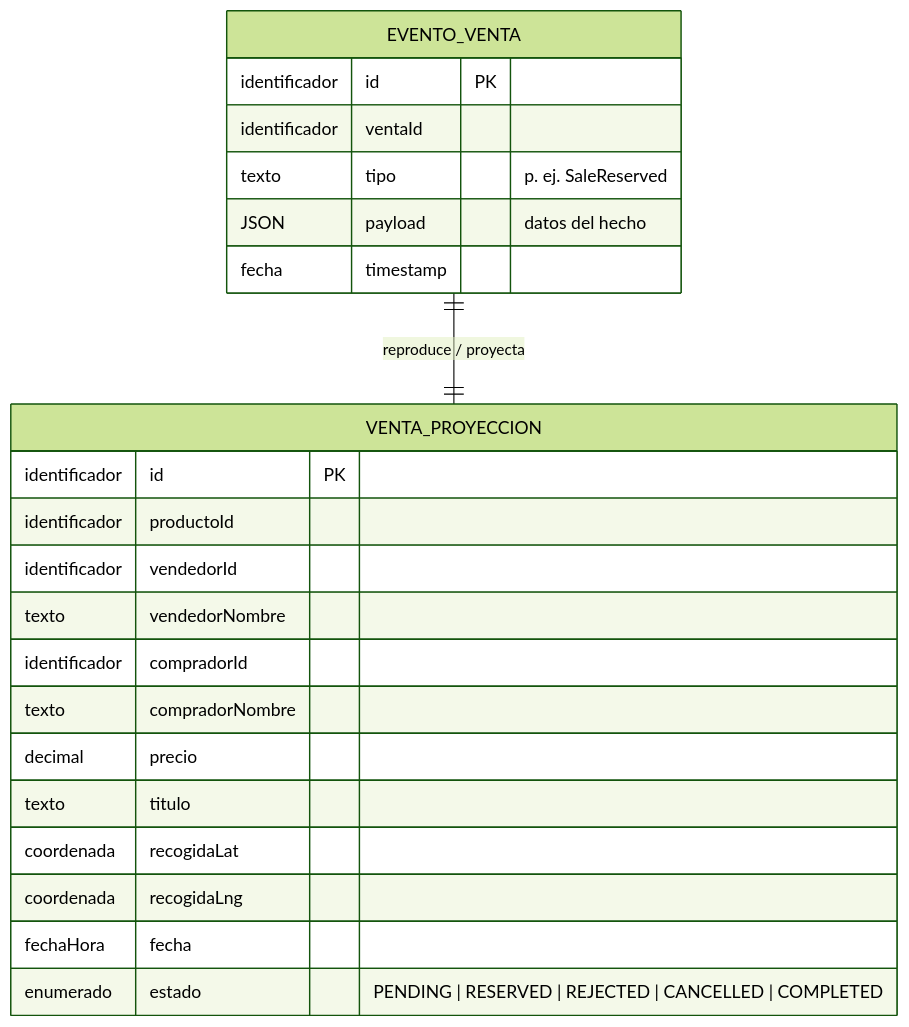
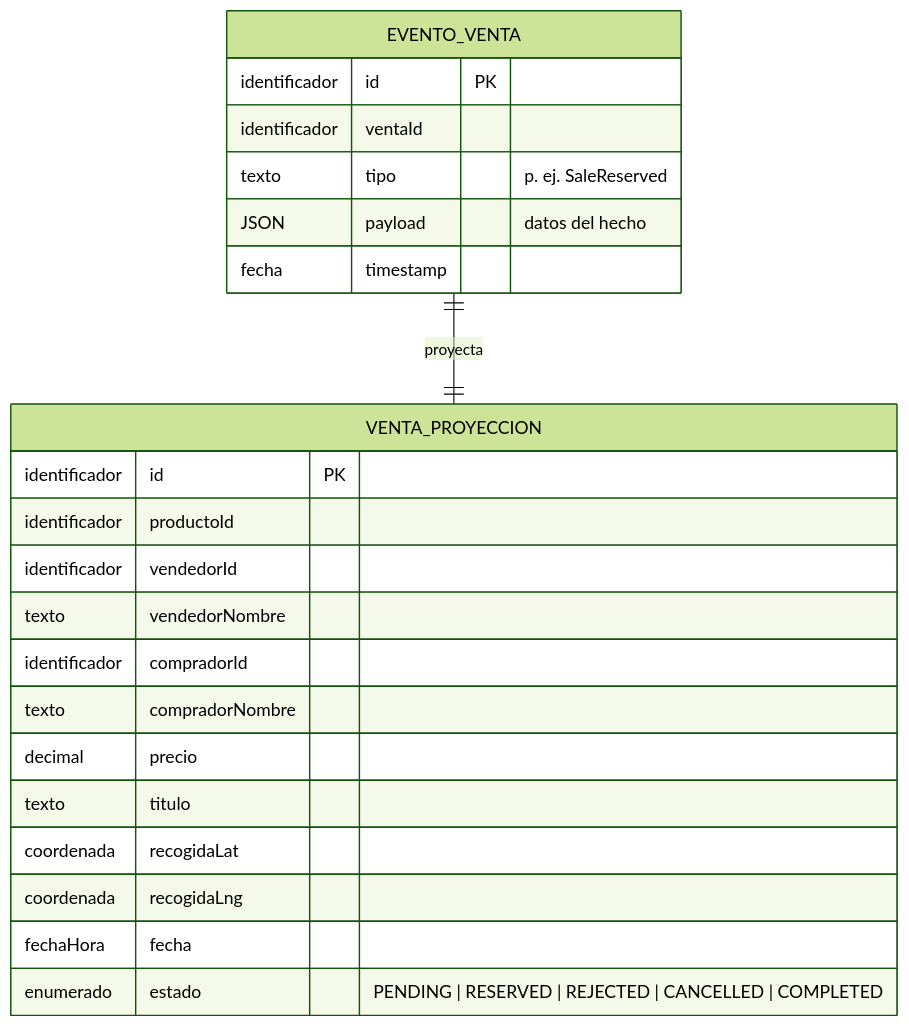
The third of 4 diagrams in docs/02-datos.md (ibracb/segundum), drawn with Mermaid (forest theme) before and after one commit. The commit also changed other lines of this file and 2 other files, not shown here.

Commit message:
docs: update readme, backend and data documentation

````diff
--- a/docs/02-datos.md
+++ b/docs/02-datos.md
@@ -149,25 +149,25 @@
 ```mermaid
 erDiagram
     EVENTO_VENTA {
         identificador id PK
         identificador ventaId
         texto tipo "p. ej. SaleReserved"
         JSON payload "datos del hecho"
         fecha timestamp
     }
     VENTA_PROYECCION {
         identificador id PK
         identificador productoId
         identificador vendedorId
         texto vendedorNombre
         identificador compradorId
         texto compradorNombre
         decimal precio
         texto titulo
         coordenada recogidaLat
         coordenada recogidaLng
         fechaHora fecha
         enumerado estado "PENDING | RESERVED | REJECTED | CANCELLED | COMPLETED"
     }
-    EVENTO_VENTA ||--|| VENTA_PROYECCION : "reproduce / proyecta"
+    EVENTO_VENTA ||--|| VENTA_PROYECCION : "proyecta"
 ```
````
